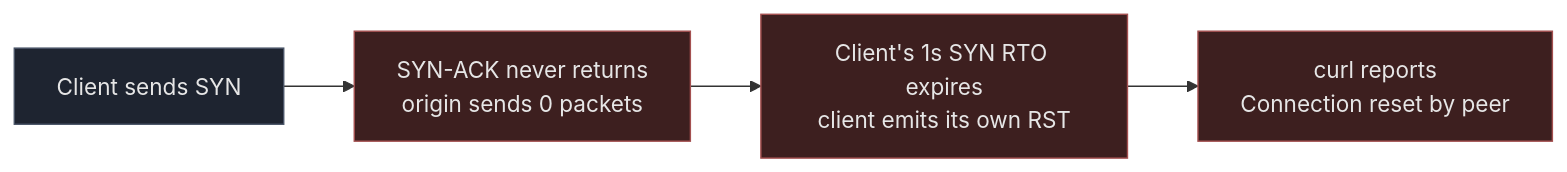
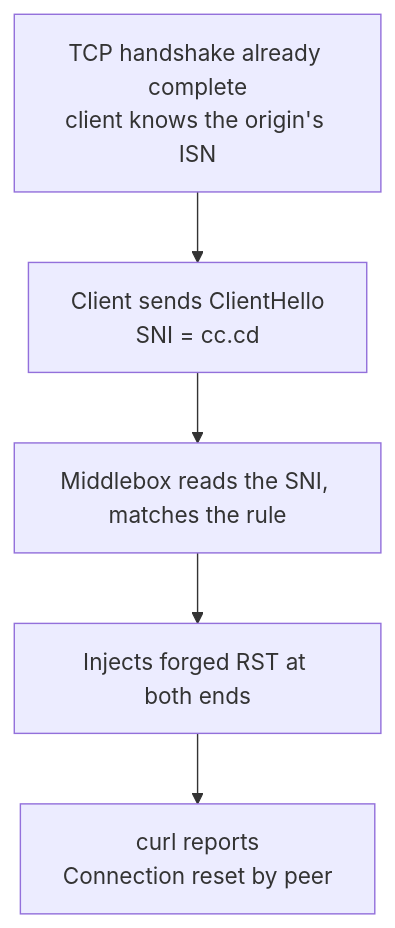
Before and after one commit to i125pro/i125pro.github.io: the diagram in _posts/2026-09-30-cloudflare-sni-blocking-preferred-ip-dead.md, drawn with Mermaid. The commit also changed other lines of this file and 4 other files, not shown here.

First line of the commit message:
rewrite: CF SNI 文章改为"结论先行+可复现"结构；新增 1 秒 SYN RTO 短文；修复 mermaid 不渲染

````diff
--- a/_posts/2026-09-30-cloudflare-sni-blocking-preferred-ip-dead.md
+++ b/_posts/2026-09-30-cloudflare-sni-blocking-preferred-ip-dead.md
@@ -170,11 +227,7 @@
 ```mermaid
-flowchart LR
-    A["Client sends SYN"] --> B["SYN-ACK never returns<br/>origin sends 0 packets"]
-    B --> C["Client's 1s SYN RTO expires<br/>client emits its own RST"]
-    C --> D["curl reports<br/>Connection reset by peer"]
-
-    style A fill:#1e2430,stroke:#4a5568,color:#e6e6e6
-    style B fill:#3d1f1f,stroke:#a45050,color:#e6e6e6
-    style C fill:#3d1f1f,stroke:#a45050,color:#e6e6e6
-    style D fill:#3d1f1f,stroke:#a45050,color:#e6e6e6
+flowchart TD
+    A["TCP handshake already complete<br/>client knows the origin's ISN"] --> B["Client sends ClientHello<br/>SNI = cc.cd"]
+    B --> C["Middlebox reads the SNI, matches the rule"]
+    C --> D["Injects forged RST at both ends"]
+    D --> E["curl reports<br/>Connection reset by peer"]
 ```
````
